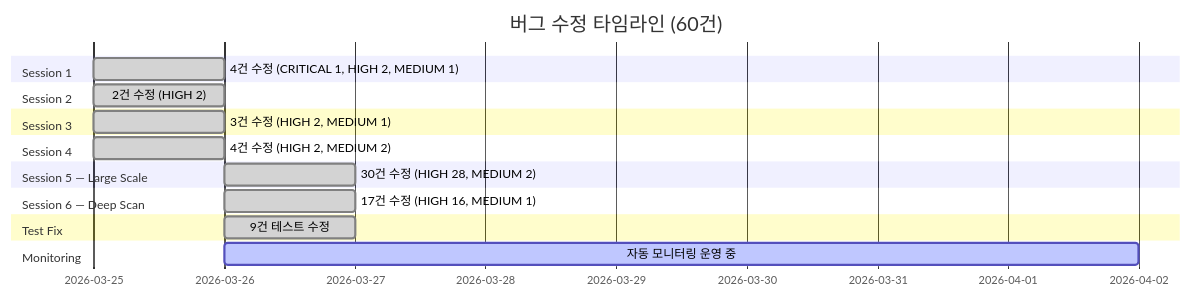
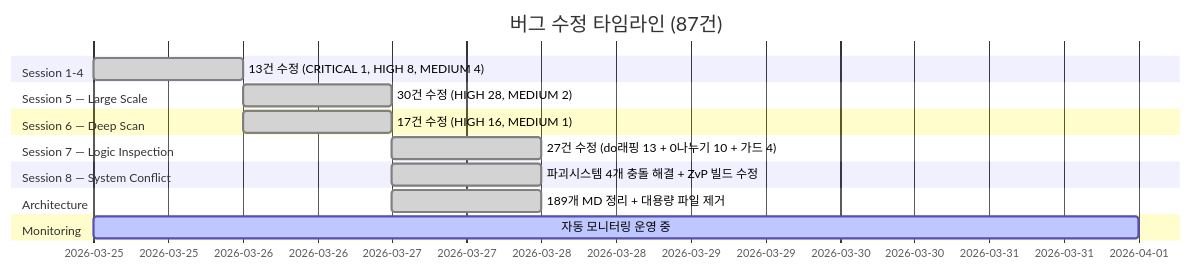
One commit to sun475300-sudo/Swarm-control-in-sc2bot changed diagram 23 of 31 in README.md. Above: the diagram before and after it, drawn with Mermaid. The commit also changed other lines of this file and 1 other file, not shown here.

````diff
--- a/README.md
+++ b/README.md
@@ -633,21 +633,19 @@
 ```mermaid
 gantt
-    title 버그 수정 타임라인 (60건)
+    title 버그 수정 타임라인 (87건)
     dateFormat YYYY-MM-DD
-    section Session 1
-        4건 수정 (CRITICAL 1, HIGH 2, MEDIUM 1)   :done, s1, 2026-03-25, 1d
-    section Session 2
-        2건 수정 (HIGH 2)                          :done, s2, 2026-03-25, 1d
-    section Session 3
-        3건 수정 (HIGH 2, MEDIUM 1)                :done, s3, 2026-03-25, 1d
-    section Session 4
-        4건 수정 (HIGH 2, MEDIUM 2)                :done, s4, 2026-03-25, 1d
+    section Session 1-4
+        13건 수정 (CRITICAL 1, HIGH 8, MEDIUM 4)   :done, s1, 2026-03-25, 1d
     section Session 5 — Large Scale
         30건 수정 (HIGH 28, MEDIUM 2)              :done, s5, 2026-03-26, 1d
     section Session 6 — Deep Scan
         17건 수정 (HIGH 16, MEDIUM 1)              :done, s6, 2026-03-26, 1d
-    section Test Fix
-        9건 테스트 수정                             :done, s7, 2026-03-26, 1d
+    section Session 7 — Logic Inspection
+        27건 수정 (do래핑 13 + 0나누기 10 + 가드 4) :done, s7, 2026-03-27, 1d
+    section Session 8 — System Conflict
+        파괴시스템 4개 충돌 해결 + ZvP 빌드 수정    :done, s8, 2026-03-27, 1d
+    section Architecture
+        189개 MD 정리 + 대용량 파일 제거            :done, s9, 2026-03-27, 1d
     section Monitoring
-        자동 모니터링 운영 중                        :active, mon, 2026-03-26, 7d
+        자동 모니터링 운영 중                        :active, mon, 2026-03-25, 7d
 ```
````
